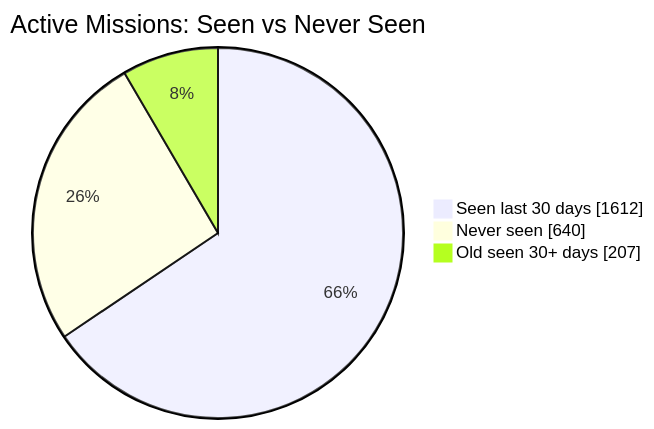
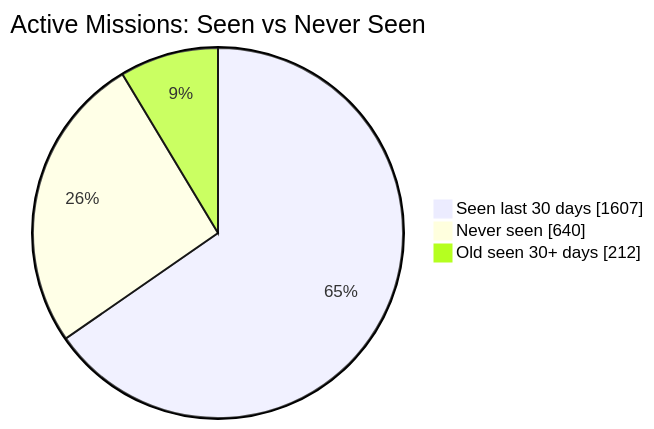
The first of 2 diagrams in README.md (MeldkamerspelGameTeam/active-missions), drawn with Mermaid before and after one commit. The commit also changed other lines of this file and 3 other files, not shown here.

````diff
--- a/README.md
+++ b/README.md
@@ -34,7 +34,7 @@
 ```mermaid
 pie showData
     title Active Missions: Seen vs Never Seen
-    "Seen last 30 days" : 1612
+    "Seen last 30 days" : 1607
     "Never seen" : 640
-    "Old seen 30+ days" : 207
+    "Old seen 30+ days" : 212
 ```
````
